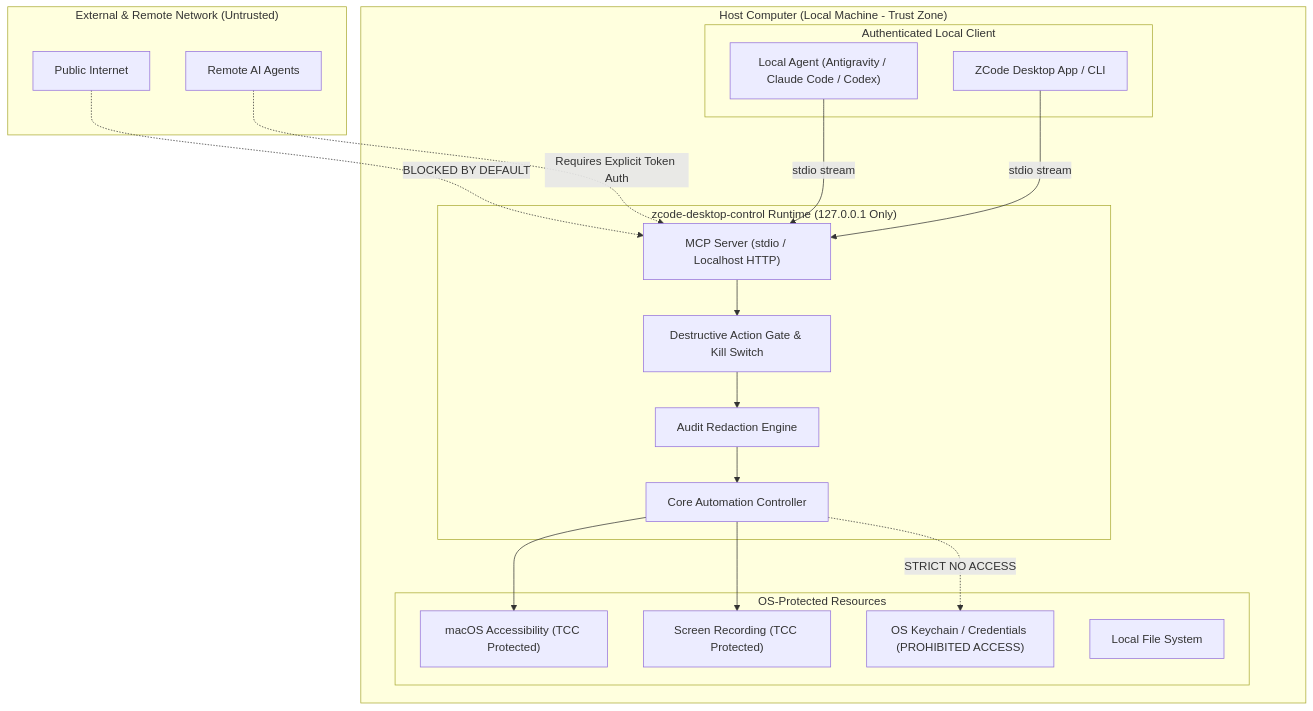
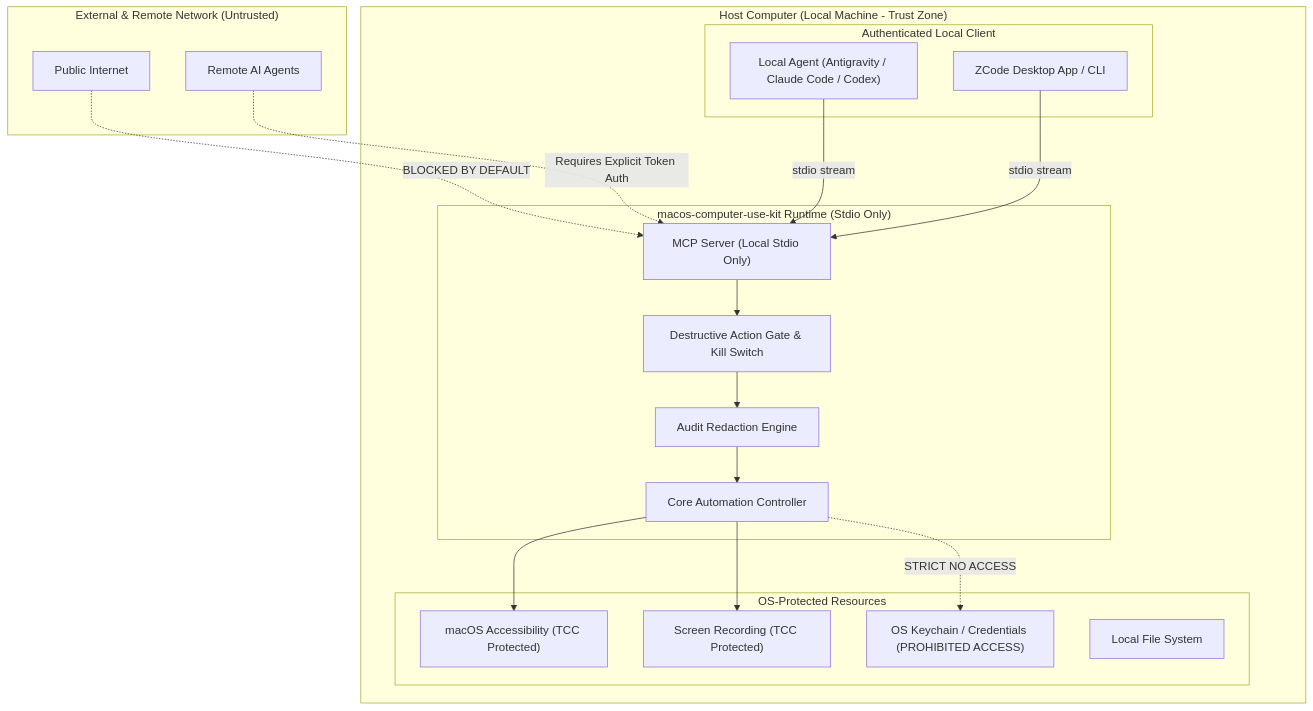
One commit to timexingxin/zov-computer-use changed the diagram in docs/SECURITY_MODEL.md. Above: the diagram before and after it, drawn with Mermaid. The commit also changed other lines of this file and 20 other files, not shown here.

First line of the commit message:
feat(macos): replace JXA with native Swift AX helper, harden Qt6/ZCode 3.18+ compatibility & security

````diff
--- a/docs/SECURITY_MODEL.md
+++ b/docs/SECURITY_MODEL.md
@@ -9,41 +9,41 @@
 ```mermaid
 flowchart TD
     subgraph UntrustedZone["External & Remote Network (Untrusted)"]
         Internet["Public Internet"]
         RemoteAgents["Remote AI Agents"]
     end
 
     subgraph HostBoundary["Host Computer (Local Machine - Trust Zone)"]
         subgraph LocalMCPClient["Authenticated Local Client"]
             ZCodeHost["ZCode Desktop App / CLI"]
             LocalAgent["Local Agent (Antigravity / Claude Code / Codex)"]
         end
 
-        subgraph CUAProcess["zcode-desktop-control Runtime (127.0.0.1 Only)"]
-            MCPEndpoint["MCP Server (stdio / Localhost HTTP)"]
+        subgraph CUAProcess["macos-computer-use-kit Runtime (Stdio Only)"]
+            MCPEndpoint["MCP Server (Local Stdio Only)"]
             AuditLog["Audit Redaction Engine"]
             SafetyLatch["Destructive Action Gate & Kill Switch"]
             CoreEngine["Core Automation Controller"]
         end
 
         subgraph OSProtectedLayer["OS-Protected Resources"]
             AXAPIs["macOS Accessibility (TCC Protected)"]
             ScreenRecording["Screen Recording (TCC Protected)"]
             Keychain["OS Keychain / Credentials (PROHIBITED ACCESS)"]
             UserFiles["Local File System"]
         end
     end
 
     Internet -.->|BLOCKED BY DEFAULT| MCPEndpoint
     RemoteAgents -.->|Requires Explicit Token Auth| MCPEndpoint
     LocalAgent -->|stdio stream| MCPEndpoint
     ZCodeHost -->|stdio stream| MCPEndpoint
 
     MCPEndpoint --> SafetyLatch
     SafetyLatch --> AuditLog
     AuditLog --> CoreEngine
 
     CoreEngine --> AXAPIs
     CoreEngine --> ScreenRecording
     CoreEngine -.->|STRICT NO ACCESS| Keychain
 ```
````
